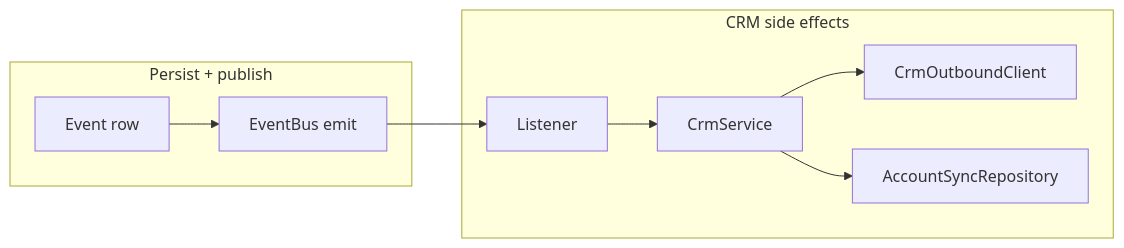
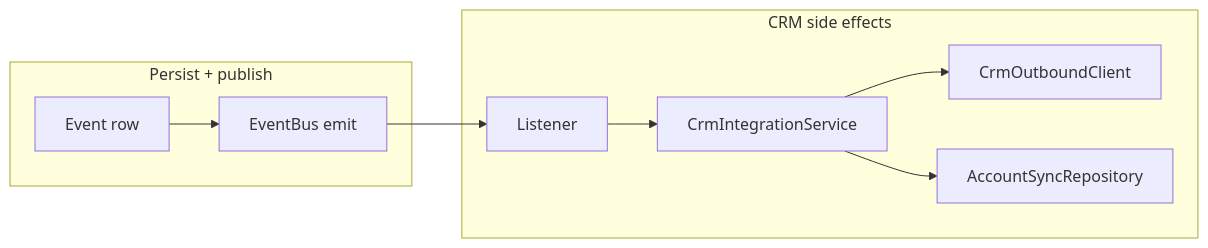
Before and after one commit to orpazavdaev/creditly-project: the first of 3 diagrams in README.md, drawn with Mermaid. The commit also changed other lines of this file and 14 other files, not shown here.

````diff
--- a/README.md
+++ b/README.md
@@ -233,18 +233,18 @@
 ```mermaid
 flowchart LR
   subgraph persist["Persist + publish"]
     E[Event row]
     EB[EventBus emit]
   end
   subgraph crm["CRM side effects"]
     L[Listener]
-    S[CrmService]
+    S[CrmIntegrationService]
     C[CrmOutboundClient]
     R[AccountSyncRepository]
   end
   E --> EB
   EB --> L
   L --> S
   S --> C
   S --> R
 ```
````
